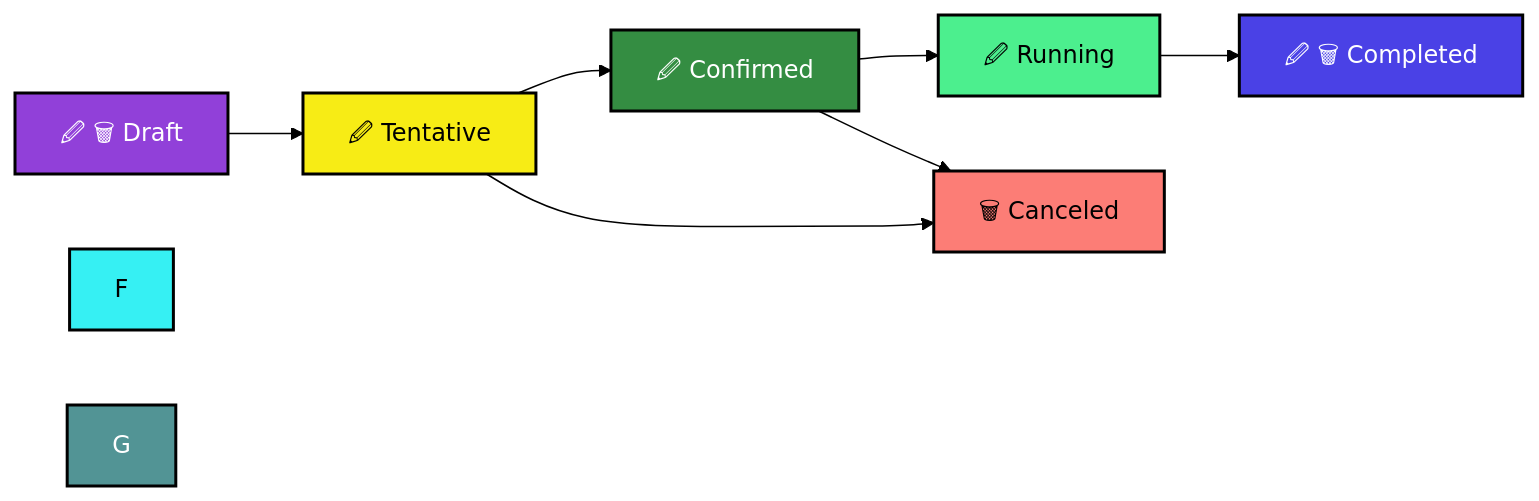
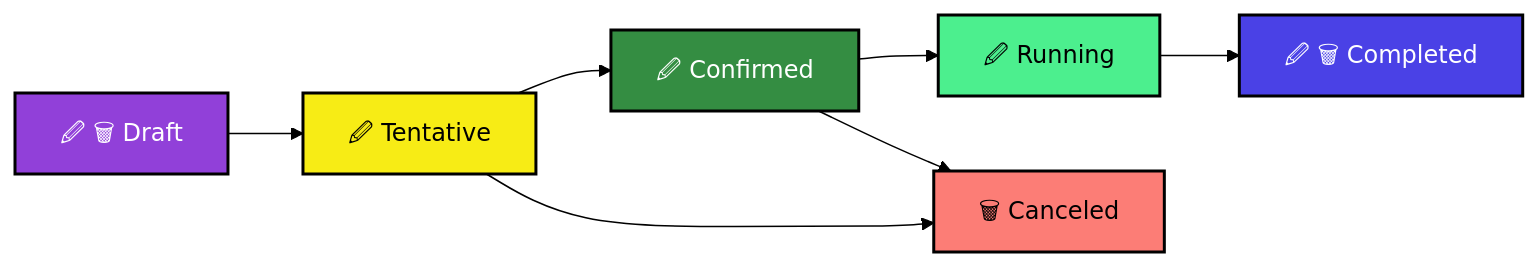
The diagram in solutions/standard_solutions/MediaOps/Apps/Scheduling/MO_S_Job_States.md (SkylineCommunications/dataminer-docs), drawn with Mermaid (forest theme) before and after one commit. The commit also changed other lines of this file and 35 other files, not shown here.

````diff
--- a/solutions/standard_solutions/MediaOps/Apps/Scheduling/MO_S_Job_States.md
+++ b/solutions/standard_solutions/MediaOps/Apps/Scheduling/MO_S_Job_States.md
@@ -46,18 +37,18 @@
 ```mermaid
 graph LR
     A[🖉 🗑 Draft] --> B[🖉 Tentative]
     B --> C[🖉 Confirmed]
     C --> D[🖉 Running]
     D --> E[🖉 🗑 Completed]
     C --> H[🗑 Canceled]
     B --> H
 
     style A fill:#9140D9,stroke:#000,stroke-width:2px,color:#ffffff
     style B fill:#F7EC15,stroke:#000,stroke-width:2px,color:#000000
     style C fill:#348D42,stroke:#000,stroke-width:2px,color:#ffffff
     style D fill:#4CEF8E,stroke:#000,stroke-width:2px,color:#000000
     style E fill:#4A41E6,stroke:#000,stroke-width:2px,color:#ffffff
-    style F fill:#36F0F3,stroke:#000,stroke-width:2px,color:#000000
-    style G fill:#529495,stroke:#000,stroke-width:2px,color:#ffffff
+    %% style F fill:#36F0F3,stroke:#000,stroke-width:2px,color:#000000 %%
+    %% style G fill:#529495,stroke:#000,stroke-width:2px,color:#ffffff %%
     style H fill:#FC7D76,stroke:#000,stroke-width:2px,color:#000000
 ```
````
